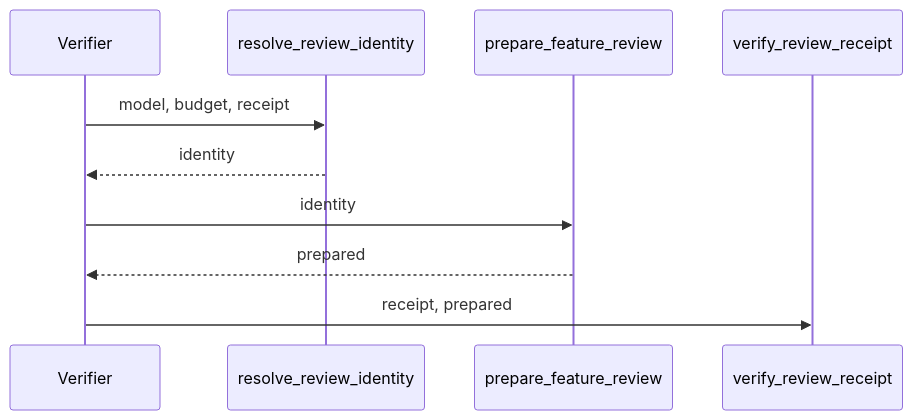
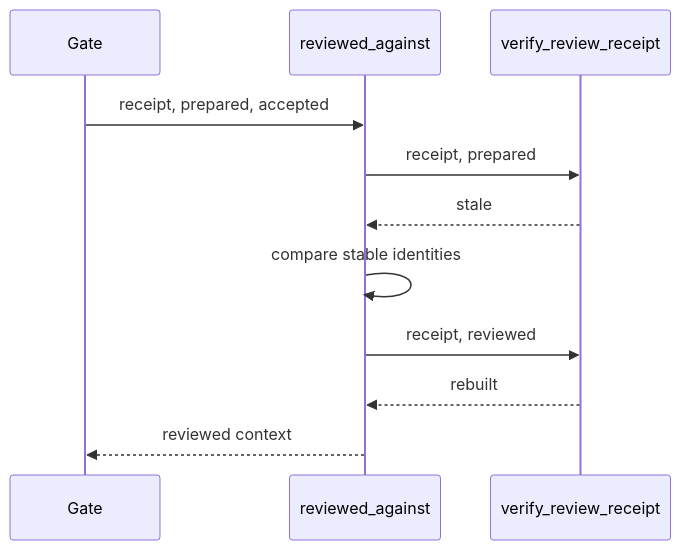
One commit to julien-m/livespec changed the first of 2 diagrams in .specs/features/089-stable-review-identity/plan.md. Above: the diagram before and after it, drawn with Mermaid. The commit also changed other lines of this file and 4 other files, not shown here.

````diff
--- a/.specs/features/089-stable-review-identity/plan.md
+++ b/.specs/features/089-stable-review-identity/plan.md
@@ -30,12 +32,13 @@
 ```mermaid
 sequenceDiagram
-    participant V as Verifier
-    participant I as resolve_review_identity
-    participant P as prepare_feature_review
+    participant G as Gate
+    participant S as reviewed_against
     participant R as verify_review_receipt
-    V->>I: model, budget, receipt
-    I-->>V: identity
-    V->>P: identity
-    P-->>V: prepared
-    V->>R: receipt, prepared
+    G->>S: receipt, prepared, accepted
+    S->>R: receipt, prepared
+    R-->>S: stale
+    S->>S: compare stable identities
+    S->>R: receipt, reviewed
+    R-->>S: rebuilt
+    S-->>G: reviewed context
 ```
````
